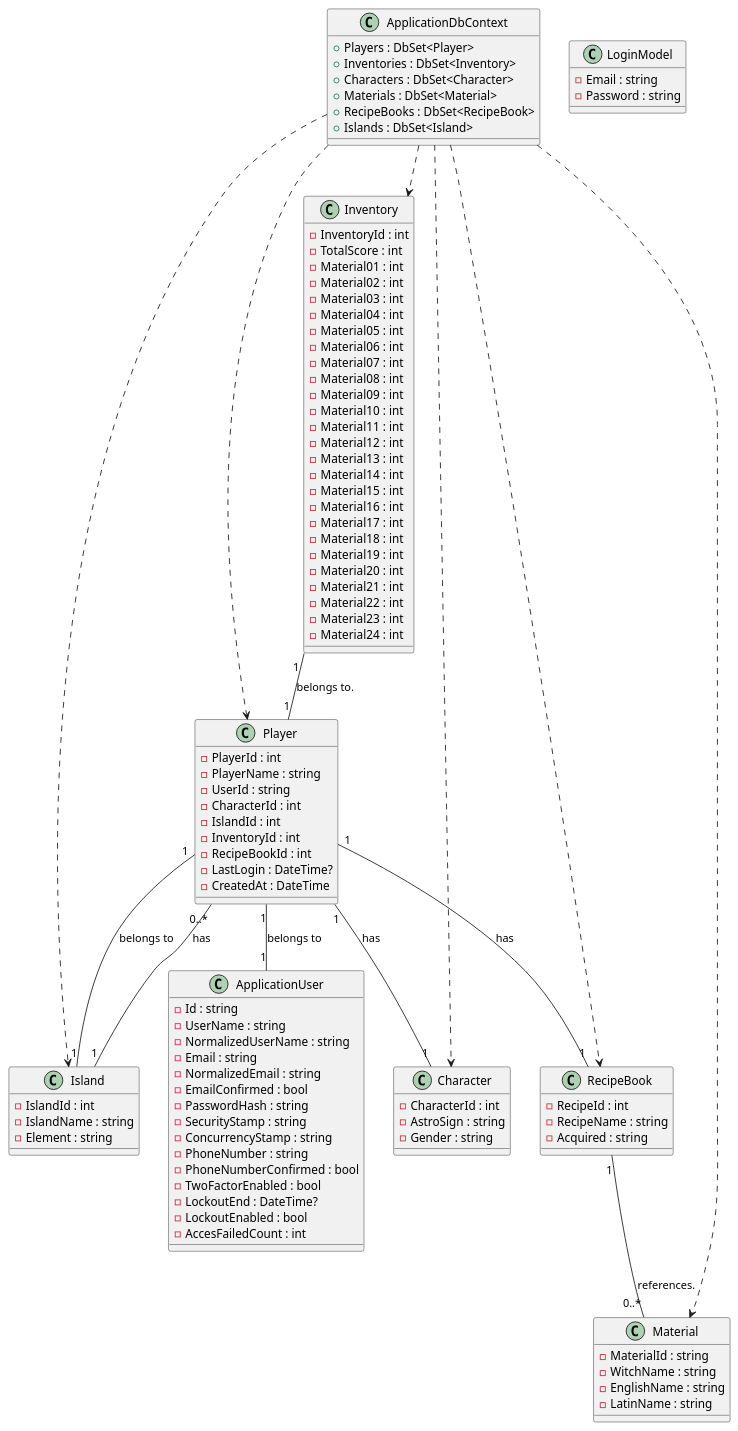
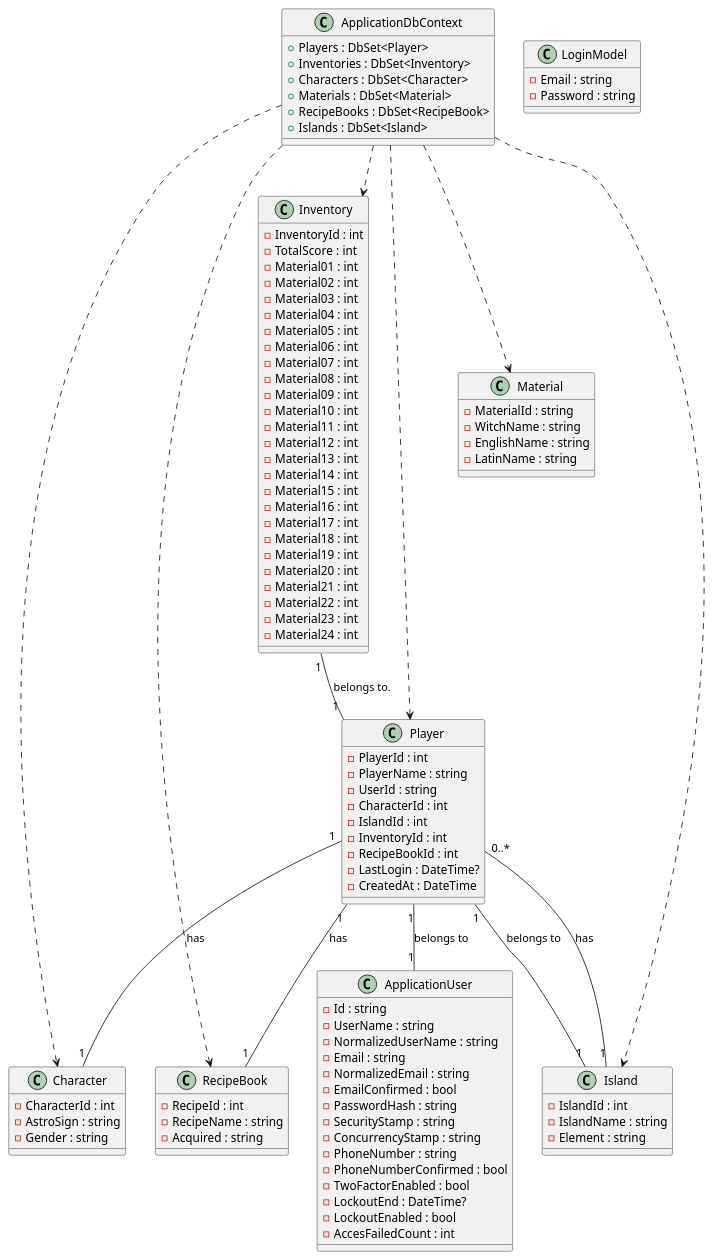
One commit to PBB2020/AstroWheelAPI changed the diagram in UML Diagrams/domain-model.puml. Above: the diagram before and after it, drawn with PlantUML.

```diff
--- a/UML Diagrams/domain-model.puml
+++ b/UML Diagrams/domain-model.puml
@@ -1,142 +1,139 @@
 @startuml
 
 ' ---------------------------
 ' Alapos osztályok definiálása
 ' ---------------------------
 
 class ApplicationUser {
 	- Id : string
 	- UserName : string
 	- NormalizedUserName : string
 	- Email : string
 	- NormalizedEmail : string
 	- EmailConfirmed : bool
 	- PasswordHash : string
 	- SecurityStamp : string
 	- ConcurrencyStamp : string
 	- PhoneNumber : string
 	- PhoneNumberConfirmed : bool
 	- TwoFactorEnabled : bool
 	- LockoutEnd : DateTime?
 	- LockoutEnabled : bool
 	- AccesFailedCount : int
 }
 
 class Character {
   - CharacterId : int
   - AstroSign : string
   - Gender : string
 }
 
 class Inventory {
   - InventoryId : int
   - TotalScore : int
   - Material01 : int
   - Material02 : int
   - Material03 : int
   - Material04 : int
   - Material05 : int
   - Material06 : int
   - Material07 : int
   - Material08 : int
   - Material09 : int
   - Material10 : int
   - Material11 : int
   - Material12 : int
   - Material13 : int
   - Material14 : int
   - Material15 : int
   - Material16 : int
   - Material17 : int
   - Material18 : int
   - Material19 : int
   - Material20 : int
   - Material21 : int
   - Material22 : int
   - Material23 : int
   - Material24 : int
 }
 
 class Island {
   - IslandId : int
   - IslandName : string
   - Element : string
 }
 
 class LoginModel {
   - Email : string
   - Password : string
 }
 
 class Material {
   - MaterialId : string
   - WitchName : string
   - EnglishName : string
   - LatinName : string
 }
 
 class Player {
   - PlayerId : int
   - PlayerName : string
   - UserId : string
   - CharacterId : int
   - IslandId : int
   - InventoryId : int
   - RecipeBookId : int
   - LastLogin : DateTime?
   - CreatedAt : DateTime
 }
 
 class RecipeBook {
   - RecipeId : int
   - RecipeName : string
   - Acquired : string
 }
 
 ' ---------------------------
 ' Kapcsolatok beállítása
 ' ---------------------------
 
 ' Inventory "belongs to" Player (a PlayerId alapján)
 Inventory "1" -- "1" Player : belongs to.
 
 ' Island-nek több Player-je van
 Island "1" -- "0..*" Player : has
 
 ' Player kapcsolódik az ApplicationUser-hez
 Player "1" -- "1" ApplicationUser : belongs to
 
 ' Player rendelkezik egy Character-rel
 Player "1" -- "1" Character : has
 
 ' Player rendelkezik egy RecipeBook-kal
 Player "1" -- "1" RecipeBook : has
 
 ' (Már jelöltük az Island kapcsolatot a Player-rel, ezért ezt opcionálisan is meg lehet jelölni)
 Player "1" -- "1" Island : belongs to
 
-' RecipeBook hivatkozik a Material-re (MatId alapján)
-RecipeBook "1" -- "0..*" Material : references.
-
 ' ---------------------------
 ' ApplicationDbContext osztály (DbSet-ekkel)
 ' ---------------------------
 
 class ApplicationDbContext {
   + Players : DbSet<Player>
   + Inventories : DbSet<Inventory>
   + Characters : DbSet<Character>
   + Materials : DbSet<Material>
   + RecipeBooks : DbSet<RecipeBook>
   + Islands : DbSet<Island>
 }
 
 ' A context "has" a domain entitásokat (lágy függőségek)
 ApplicationDbContext ..> Player
 ApplicationDbContext ..> Inventory
 ApplicationDbContext ..> Character
 ApplicationDbContext ..> Material
 ApplicationDbContext ..> RecipeBook
 ApplicationDbContext ..> Island
 
 @enduml
```
